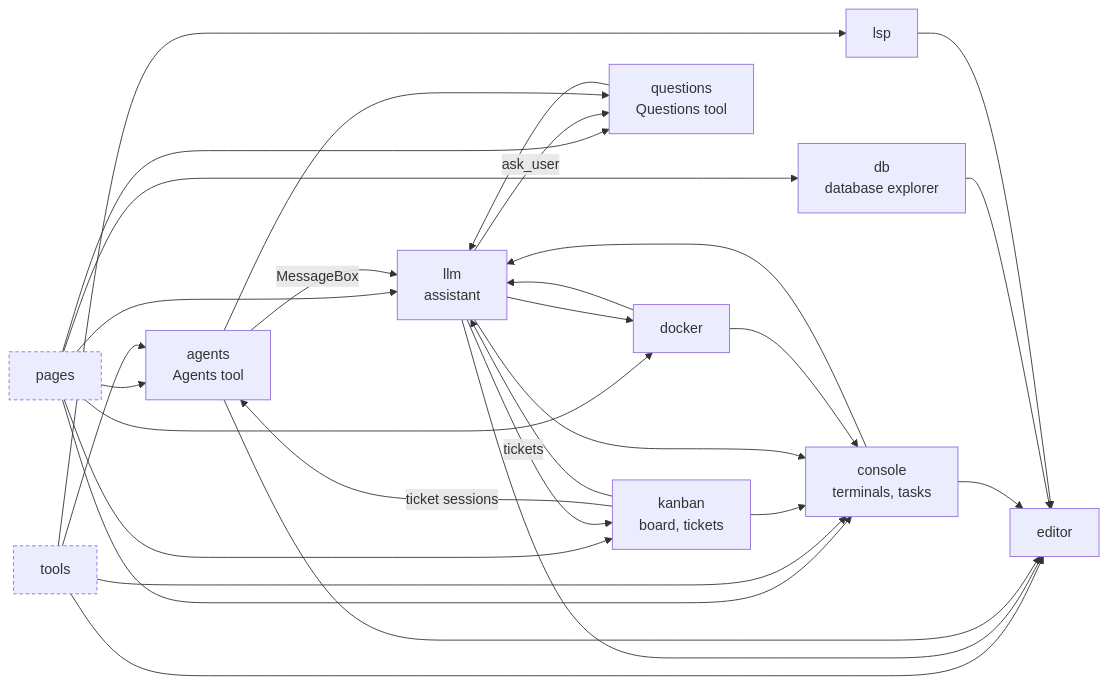
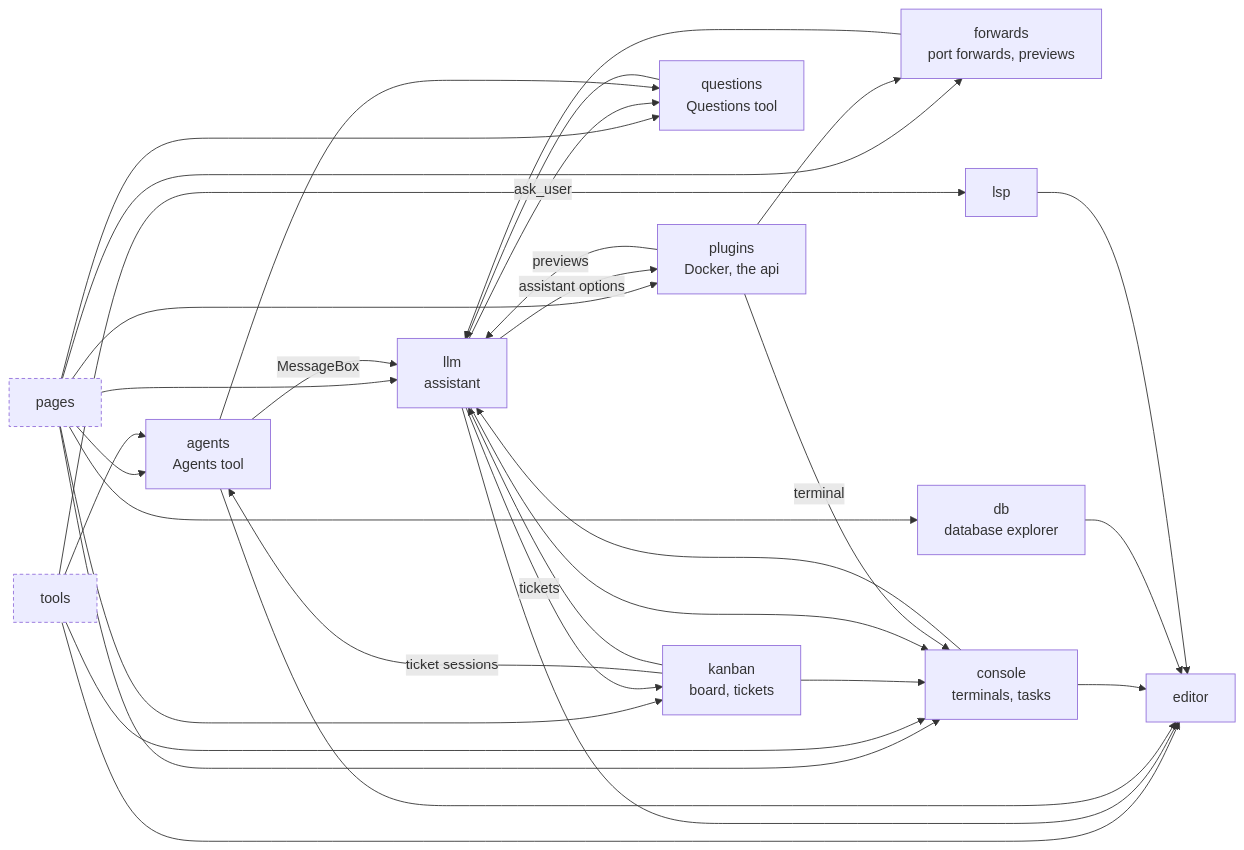
One commit to DrSmithFr/web-ide changed the second of 2 diagrams in web/src/README.md. Above: the diagram before and after it, drawn with Mermaid. The commit also changed other lines of this file and 53 other files, not shown here.

First line of the commit message:
#114 Plugins: Docker as a built-in plugin

````diff
--- a/web/src/README.md
+++ b/web/src/README.md
@@ -43,45 +43,49 @@
 ```mermaid
 flowchart LR
   pages["pages"]
   tools["tools"]
   kanban["kanban<br/>board, tickets"]
   llm["llm<br/>assistant"]
   agents["agents<br/>Agents tool"]
   questions["questions<br/>Questions tool"]
-  docker["docker"]
+  plugins["plugins<br/>Docker, the api"]
+  forwards["forwards<br/>port forwards, previews"]
   console["console<br/>terminals, tasks"]
   db["db<br/>database explorer"]
   editor["editor"]
   lsp["lsp"]
   pages --> agents
   pages --> console
   pages --> db
-  pages --> docker
+  pages --> forwards
+  pages --> plugins
   pages --> kanban
   pages --> llm
   pages --> questions
   tools --> agents
   tools --> console
   tools --> editor
   tools --> lsp
   kanban -->|"ticket sessions"| agents
   kanban --> console
   kanban --> llm
   llm --> console
-  llm --> docker
+  llm -->|"assistant options"| plugins
   llm --> editor
   llm -->|"tickets"| kanban
   llm -->|"ask_user"| questions
   agents --> editor
   agents -->|"MessageBox"| llm
   agents --> questions
   questions --> llm
-  docker --> console
-  docker --> llm
+  plugins -->|"terminal"| console
+  plugins --> forwards
+  plugins -->|"previews"| llm
+  forwards --> llm
   console --> editor
   console --> llm
   db --> editor
   lsp --> editor
   classDef other stroke-dasharray: 4 3
   class pages,tools other
 ```
````
